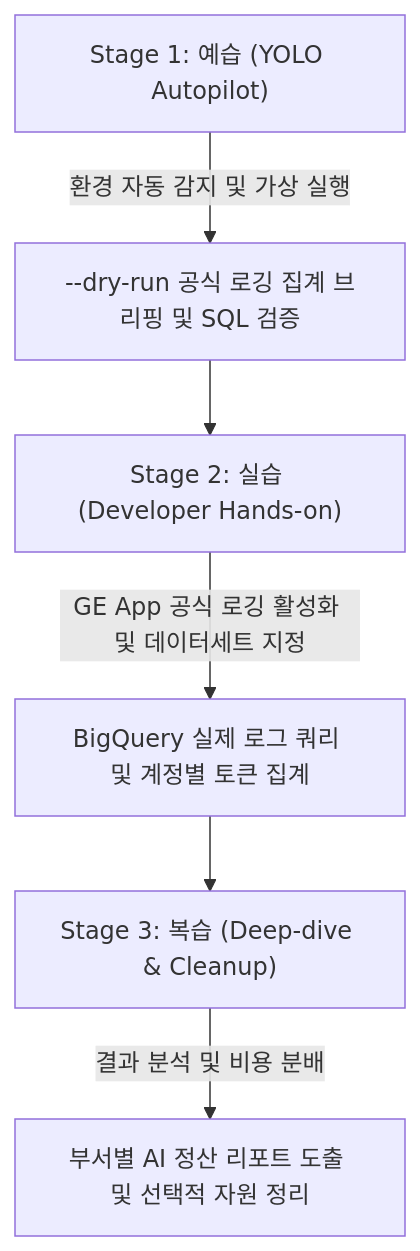
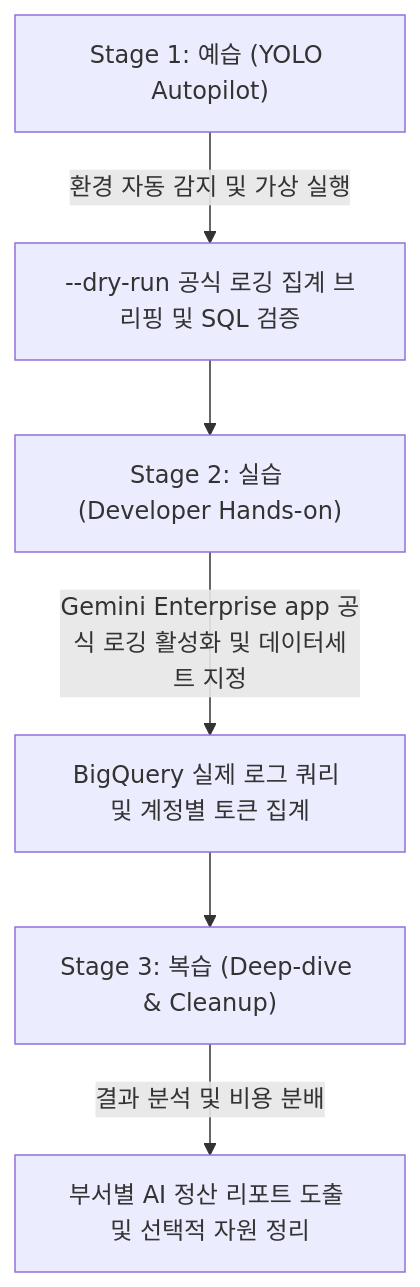
The diagram in .agents/skills/gemini-enterprise-usage-by-account/SKILL.md (jiangjun-forge/google-cloud-0-to-1), drawn with Mermaid before and after one commit. The commit also changed other lines of this file and 34 other files, not shown here.

````diff
--- a/.agents/skills/gemini-enterprise-usage-by-account/SKILL.md
+++ b/.agents/skills/gemini-enterprise-usage-by-account/SKILL.md
@@ -35,8 +35,8 @@
 ```mermaid
 flowchart TD
     A["Stage 1: 예습 (YOLO Autopilot)"] -->|환경 자동 감지 및 가상 실행| B["--dry-run 공식 로깅 집계 브리핑 및 SQL 검증"]
     B --> C["Stage 2: 실습 (Developer Hands-on)"]
-    C -->|GE App 공식 로깅 활성화 및 데이터세트 지정| D["BigQuery 실제 로그 쿼리 및 계정별 토큰 집계"]
+    C -->|Gemini Enterprise app 공식 로깅 활성화 및 데이터세트 지정| D["BigQuery 실제 로그 쿼리 및 계정별 토큰 집계"]
     D --> E["Stage 3: 복습 (Deep-dive & Cleanup)"]
     E -->|결과 분석 및 비용 분배| F["부서별 AI 정산 리포트 도출 및 선택적 자원 정리"]
 ```
````
